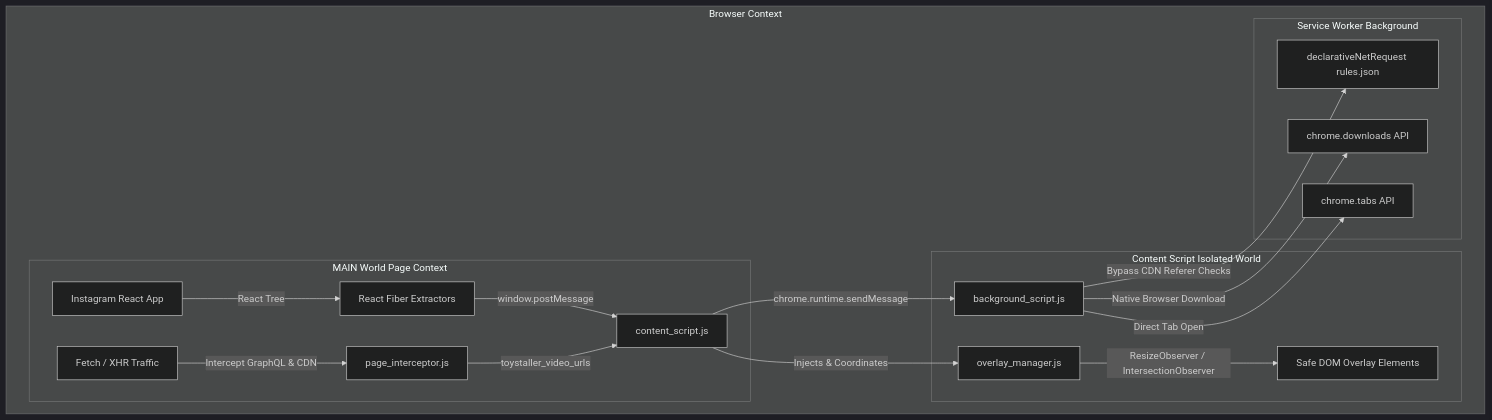
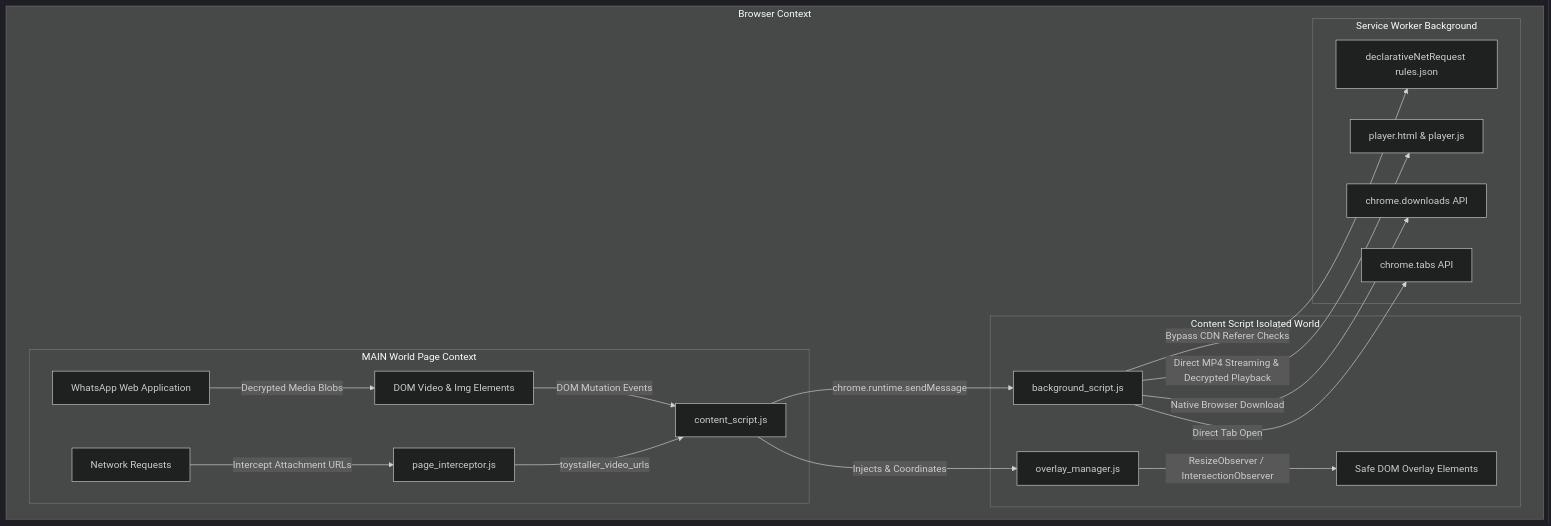
Before and after one commit to SudiptaSanki/Toystaller-WhatsApp: the diagram in README.md, drawn with Mermaid (dark theme). The commit also changed other lines of this file and 34 other files, not shown here.

````diff
--- a/README.md
+++ b/README.md
@@ -48,23 +99,24 @@
 ```mermaid
 flowchart TD
     subgraph Browser Context
         subgraph MAIN World Page Context
-            P[Instagram React App] -->|React Tree| RF[React Fiber Extractors]
-            N[Fetch / XHR Traffic] -->|Intercept GraphQL & CDN| PI[page_interceptor.js]
-            RF -->|window.postMessage| CS
+            W[WhatsApp Web Application] -->|Decrypted Media Blobs| DM[DOM Video & Img Elements]
+            N[Network Requests] -->|Intercept Attachment URLs| PI[page_interceptor.js]
+            DM -->|DOM Mutation Events| CS
             PI -->|toystaller_video_urls| CS
         end
 
         subgraph Content Script Isolated World
             CS[content_script.js] -->|Injects & Coordinates| OM[overlay_manager.js]
             OM -->|ResizeObserver / IntersectionObserver| DOM[Safe DOM Overlay Elements]
             CS -->|chrome.runtime.sendMessage| BG[background_script.js]
         end
 
         subgraph Service Worker Background
             BG -->|Bypass CDN Referer Checks| DNR[declarativeNetRequest rules.json]
+            BG -->|Direct MP4 Streaming & Decrypted Playback| PL[player.html & player.js]
             BG -->|Native Browser Download| DL[chrome.downloads API]
             BG -->|Direct Tab Open| TABS[chrome.tabs API]
         end
     end
 ```
````
